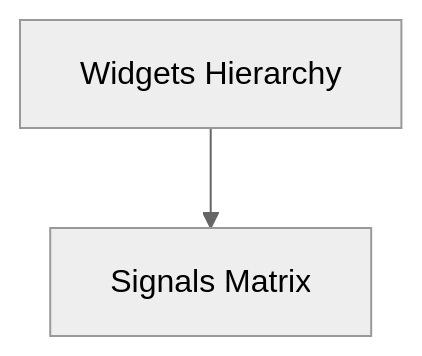
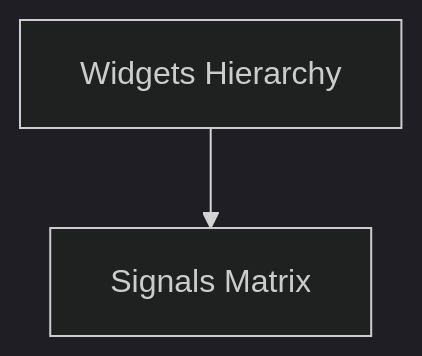
One commit to lukaszj321/otcv8-dev changed the diagram in docs/authoring/_instructions/02-ui-lua.instructions.md. Above: the diagram before and after it, drawn with Mermaid. The commit also changed other lines of this file, not shown here.

Commit message:
Change diagram theme from neutral to dark

````diff
--- a/docs/authoring/_instructions/02-ui-lua.instructions.md
+++ b/docs/authoring/_instructions/02-ui-lua.instructions.md
@@ -95,7 +95,7 @@
 ```mermaid
-%%{init: {'theme':'neutral','securityLevel':'loose'}}%%
+%%{init: {'theme':'dark','securityLevel':'loose'}}%%
 graph TD
   WidgetsHierarchy[Widgets Hierarchy] --> SignalsMatrix[Signals Matrix]
   click WidgetsHierarchy "./index.html#facet-04_ui.widgets_hierarchy" "Open widgets"
   click SignalsMatrix "./index.html#facet-04_ui.signals_matrix" "Open signals"
 ```
````
